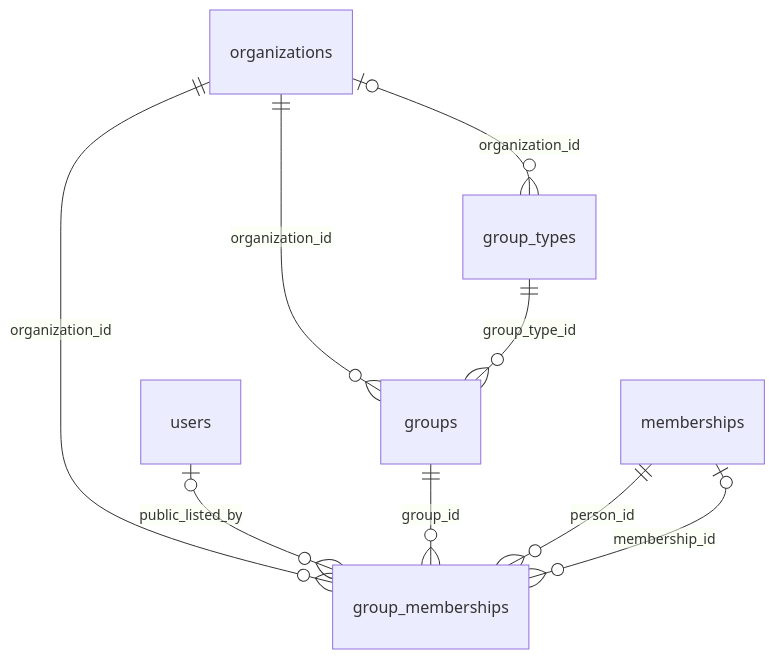
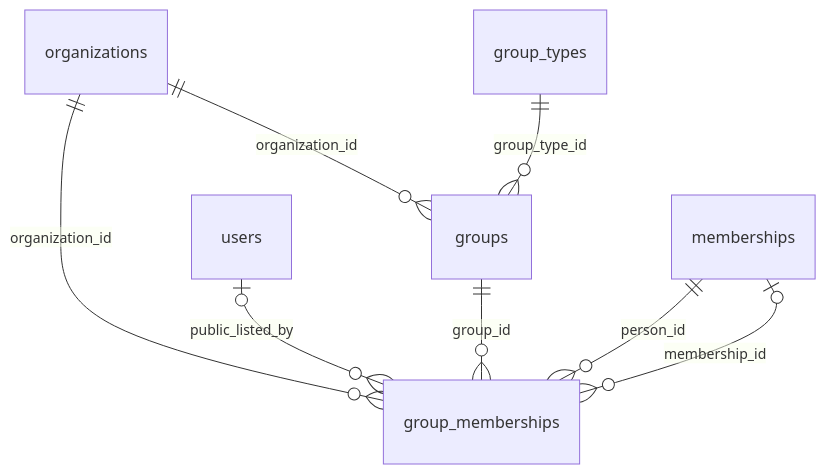
The sixth of 10 diagrams in docs/schema-design.md (chenson42/presby), drawn with Mermaid before and after one commit. The commit also changed other lines of this file and 32 other files, not shown here.

````diff
--- a/docs/schema-design.md
+++ b/docs/schema-design.md
@@ -185,11 +185,10 @@
 ```mermaid
 erDiagram
   organizations ||--o{ group_memberships : "organization_id"
   users |o--o{ group_memberships : "public_listed_by"
   groups ||--o{ group_memberships : "group_id"
   memberships ||--o{ group_memberships : "person_id"
   memberships |o--o{ group_memberships : "membership_id"
-  organizations |o--o{ group_types : "organization_id"
   organizations ||--o{ groups : "organization_id"
   group_types ||--o{ groups : "group_type_id"
 ```
````
